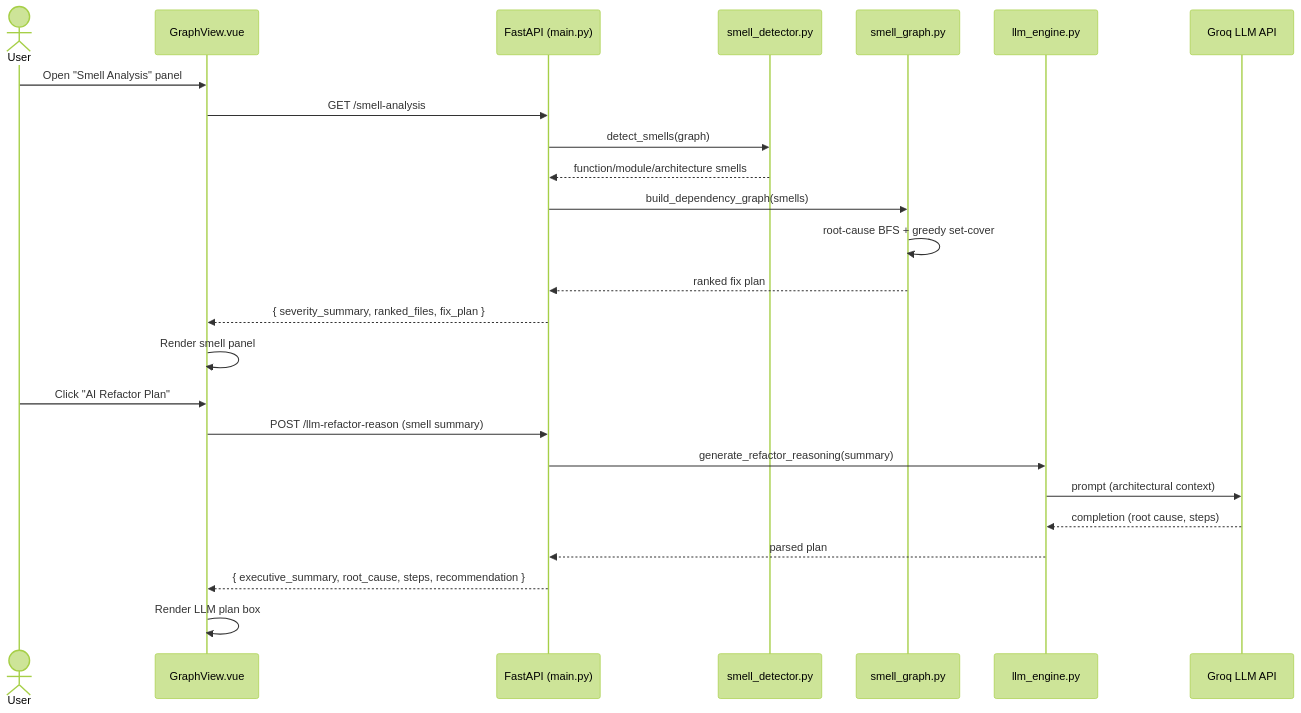
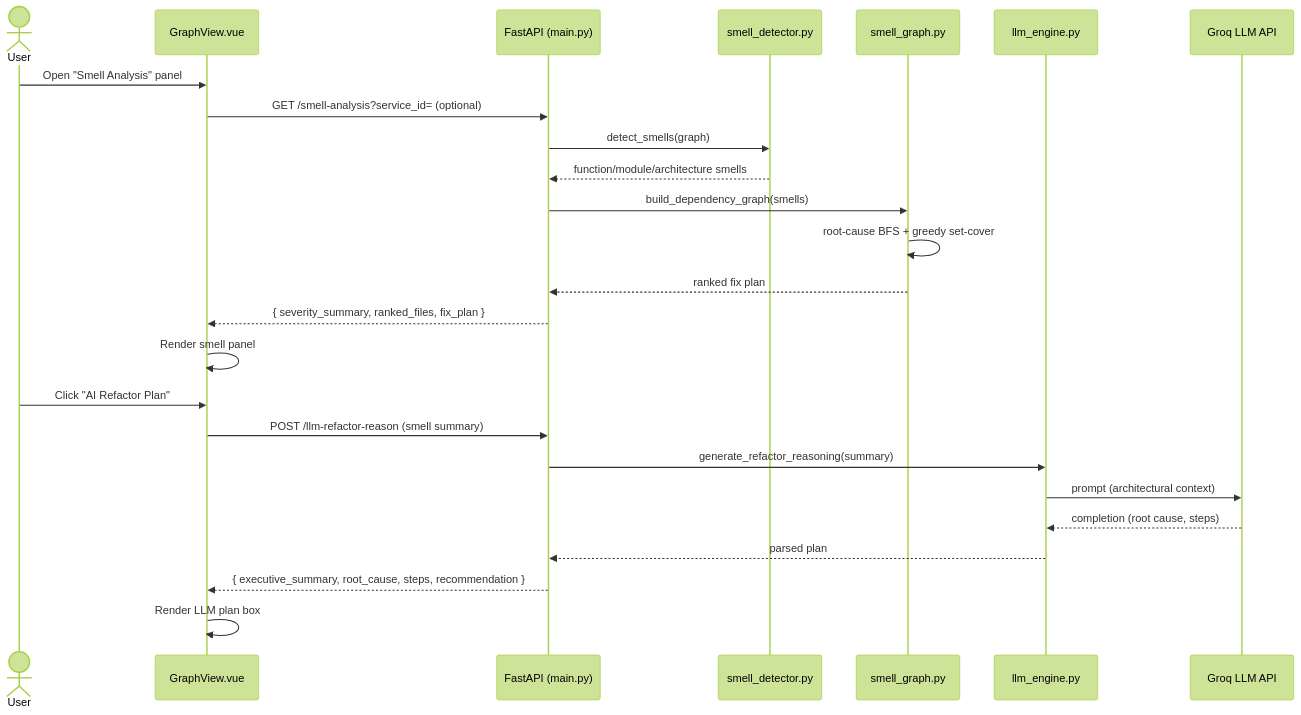
The tenth of 12 diagrams in SRS.md (farjanasarker/Code_Base_Visualisation), drawn with Mermaid (forest theme) before and after one commit. The commit also changed other lines of this file and 47 other files, not shown here.

````diff
--- a/SRS.md
+++ b/SRS.md
@@ -564,29 +680,29 @@
 ```mermaid
 sequenceDiagram
     actor U as User
     participant FE as GraphView.vue
     participant API as FastAPI (main.py)
     participant SD as smell_detector.py
     participant SG as smell_graph.py
     participant LE as llm_engine.py
     participant GROQ as Groq LLM API
 
     U->>FE: Open "Smell Analysis" panel
-    FE->>API: GET /smell-analysis
+    FE->>API: GET /smell-analysis?service_id= (optional)
     API->>SD: detect_smells(graph)
     SD-->>API: function/module/architecture smells
     API->>SG: build_dependency_graph(smells)
     SG->>SG: root-cause BFS + greedy set-cover
     SG-->>API: ranked fix plan
     API-->>FE: { severity_summary, ranked_files, fix_plan }
     FE->>FE: Render smell panel
 
     U->>FE: Click "AI Refactor Plan"
     FE->>API: POST /llm-refactor-reason (smell summary)
     API->>LE: generate_refactor_reasoning(summary)
     LE->>GROQ: prompt (architectural context)
     GROQ-->>LE: completion (root cause, steps)
     LE-->>API: parsed plan
     API-->>FE: { executive_summary, root_cause, steps, recommendation }
     FE->>FE: Render LLM plan box
 ```
````
